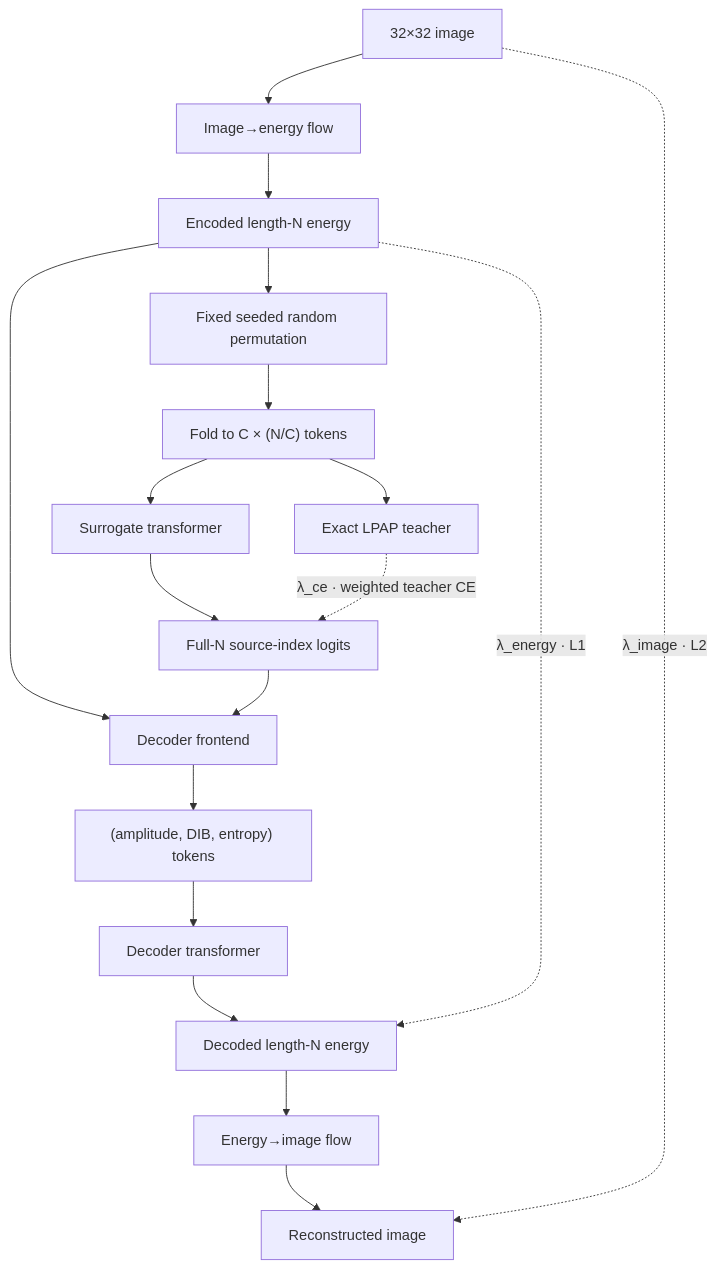
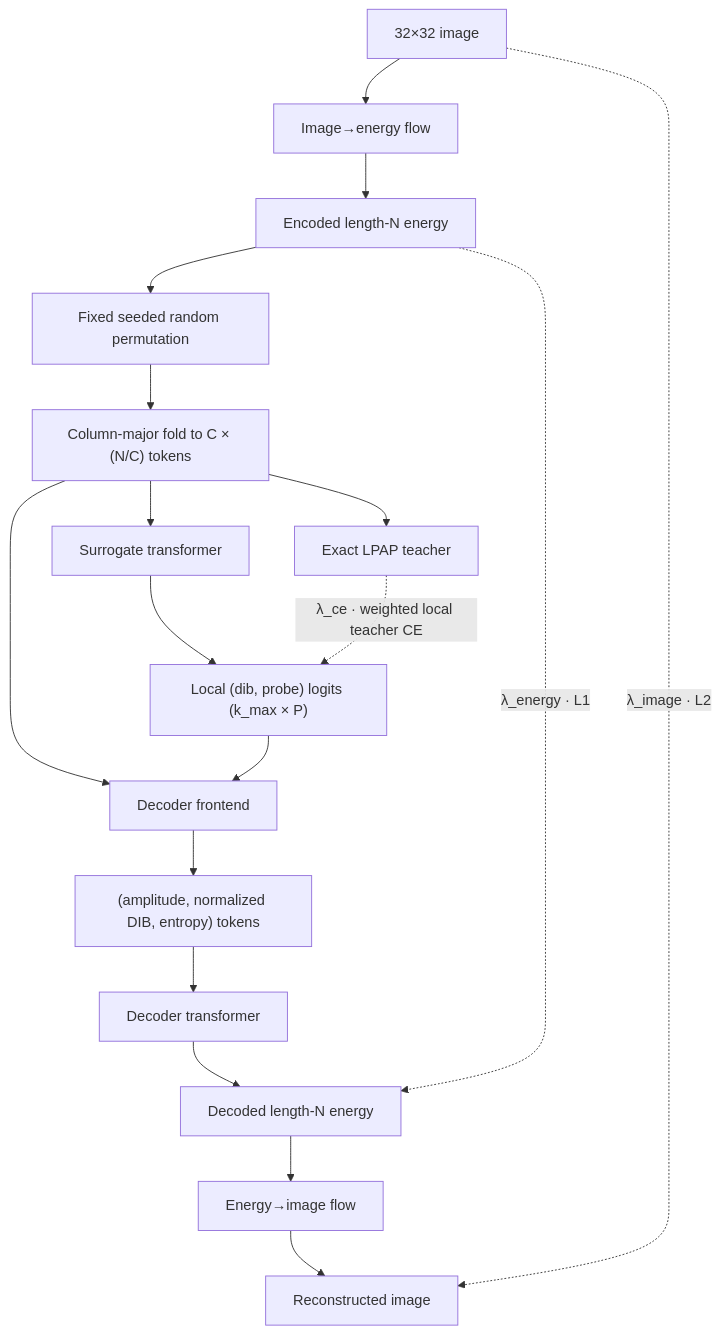
One commit to matovitch/lpap changed the diagram in doc/lpap.md. Above: the diagram before and after it, drawn with Mermaid. The commit also changed other lines of this file and 3 other files, not shown here.

````diff
--- a/doc/lpap.md
+++ b/doc/lpap.md
@@ -68,27 +72,27 @@
 ```mermaid
 flowchart TD
     image[32×32 image]
     i2e[Image→energy flow]
     energy[Encoded length-N energy]
     permute[Fixed seeded random permutation]
-    fold["Fold to C × (N/C) tokens"]
+    fold["Column-major fold to C × (N/C) tokens"]
     surrogate[Surrogate transformer]
     teacher[Exact LPAP teacher]
-    logits[Full-N source-index logits]
+    logits["Local (dib, probe) logits (k_max × P)"]
     frontend[Decoder frontend]
-    tokens["(amplitude, DIB, entropy) tokens"]
+    tokens["(amplitude, normalized DIB, entropy) tokens"]
     decoder[Decoder transformer]
     recon[Decoded length-N energy]
     e2i[Energy→image flow]
     image_hat[Reconstructed image]
 
     image --> i2e --> energy --> permute --> fold
     fold --> surrogate --> logits
     fold --> teacher
-    teacher -. "λ_ce · weighted teacher CE" .-> logits
-    energy --> frontend
+    teacher -. "λ_ce · weighted local teacher CE" .-> logits
+    fold --> frontend
     logits --> frontend --> tokens --> decoder --> recon
     recon --> e2i --> image_hat
     energy -. "λ_energy · L1" .-> recon
     image -. "λ_image · L2" .-> image_hat
 ```
````
